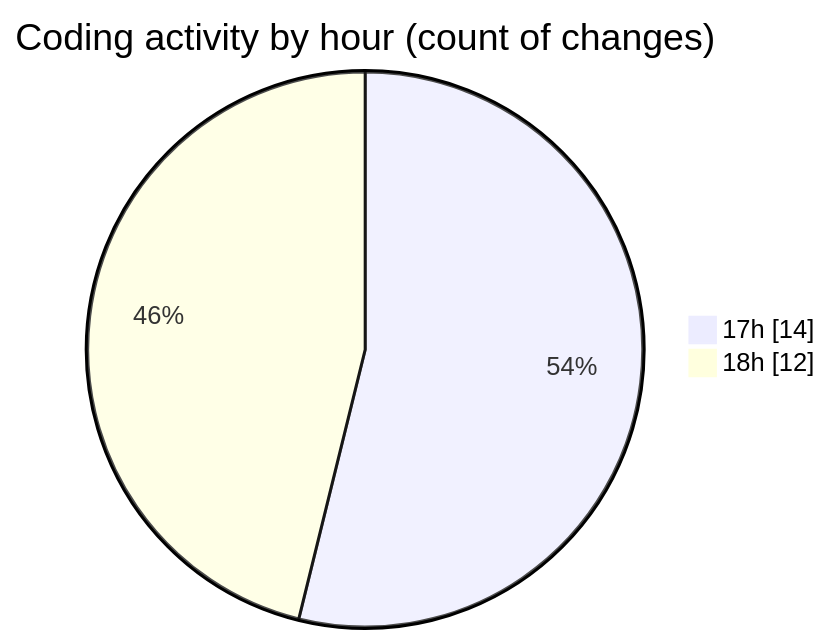
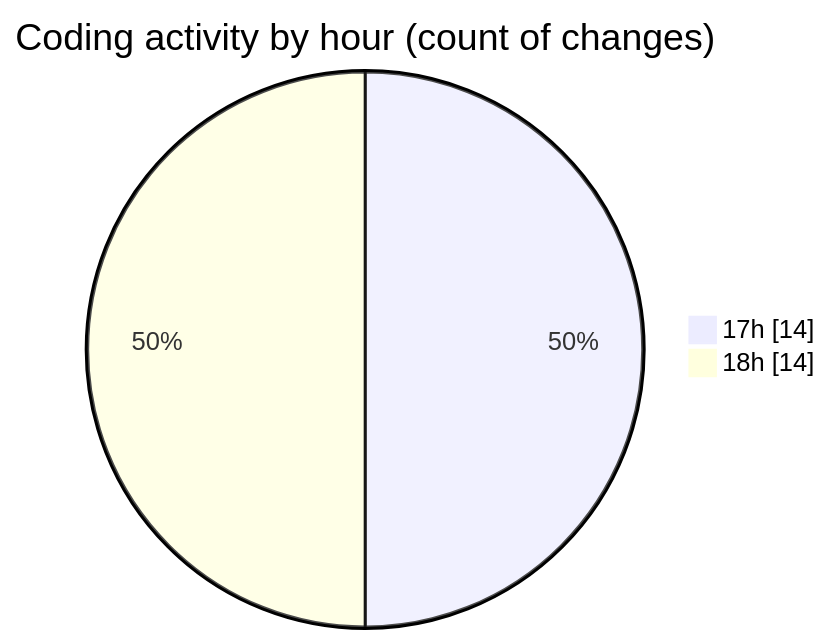
Before and after one commit to charlie-sans/code-tracking: the second of 2 diagrams in 2025-05-01/jmasm/README.md, drawn with Mermaid. The commit also changed other lines of this file and 1 other file, not shown here.

````diff
--- a/2025-05-01/jmasm/README.md
+++ b/2025-05-01/jmasm/README.md
@@ -37,6 +37,6 @@
 ```mermaid
 pie showData
 title Coding activity by hour (count of changes)
 "17h" : 14
-"18h" : 12
+"18h" : 14
 ```
````
